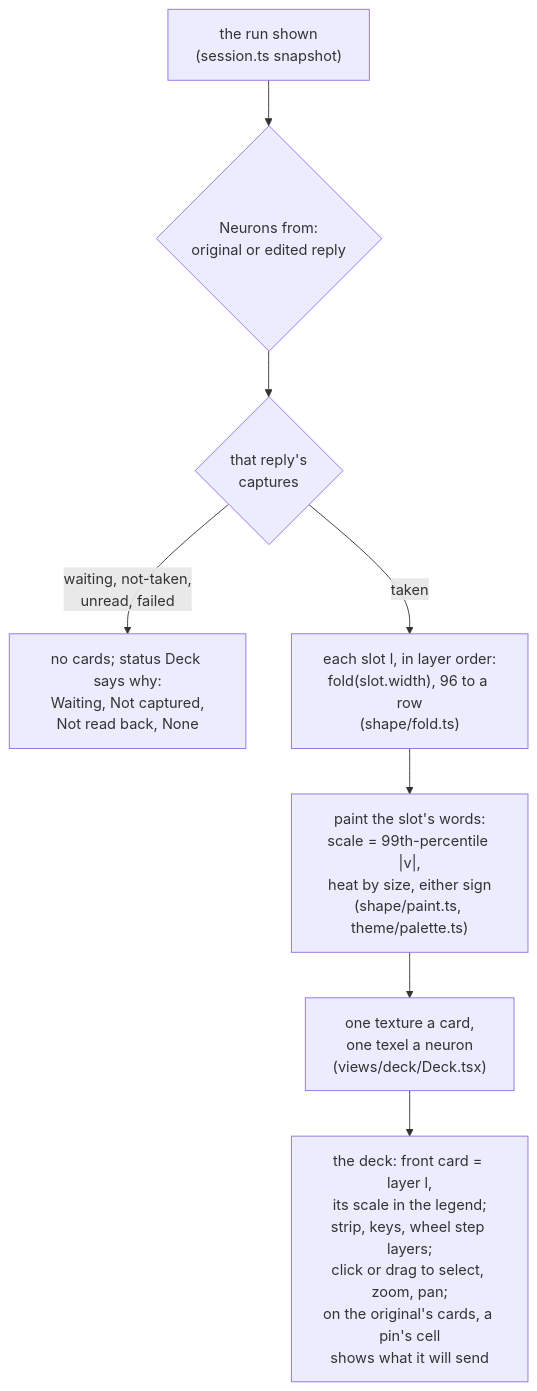
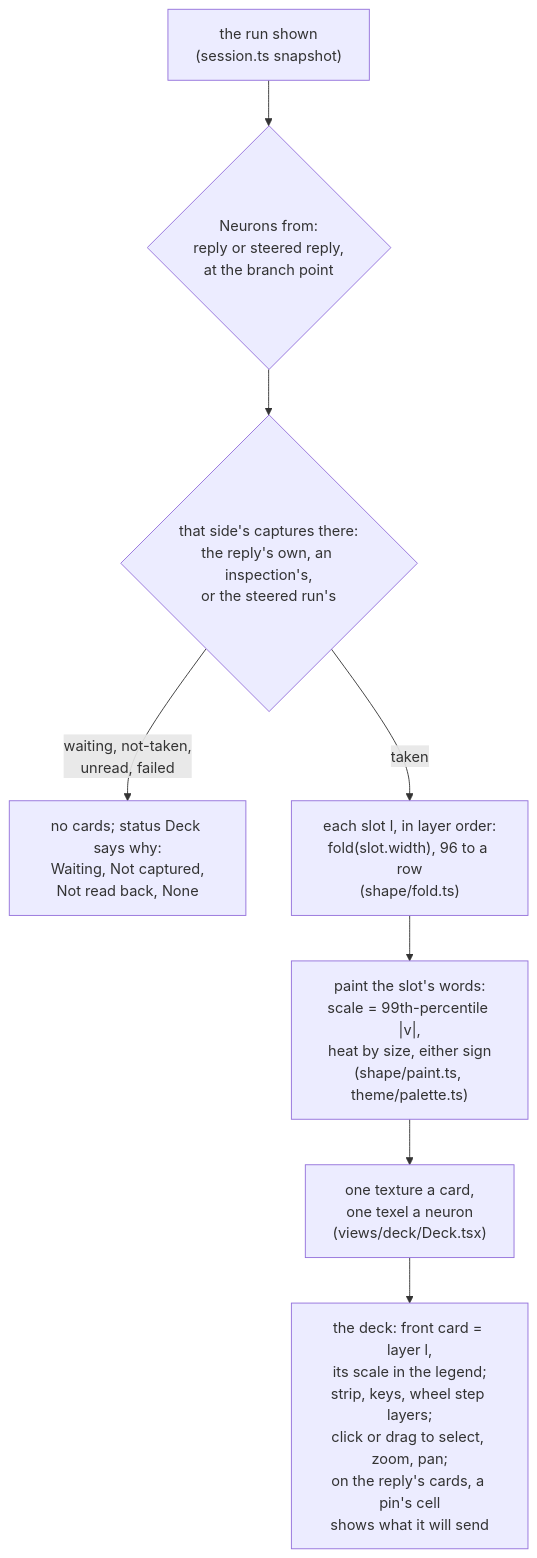
One commit to plainsight-systems/frizzle changed the sixth of 7 diagrams in docs/architecture/logical-overview.md. Above: the diagram before and after it, drawn with Mermaid. The commit also changed other lines of this file and 49 other files, not shown here.

````diff
--- a/docs/architecture/logical-overview.md
+++ b/docs/architecture/logical-overview.md
@@ -188,14 +188,14 @@
 ```mermaid
 flowchart TD
   R["the run shown<br/>(session.ts snapshot)"]
-  Q{"Neurons from:<br/>original or edited reply"}
-  A{"that reply's<br/>captures"}
+  Q{"Neurons from:<br/>reply or steered reply,<br/>at the branch point"}
+  A{"that side's captures there:<br/>the reply's own, an inspection's,<br/>or the steered run's"}
   N["no cards; status Deck says why:<br/>Waiting, Not captured,<br/>Not read back, None"]
   F["each slot l, in layer order:<br/>fold(slot.width), 96 to a row<br/>(shape/fold.ts)"]
   P["paint the slot's words:<br/>scale = 99th-percentile |v|,<br/>heat by size, either sign<br/>(shape/paint.ts, theme/palette.ts)"]
   T["one texture a card,<br/>one texel a neuron<br/>(views/deck/Deck.tsx)"]
-  D["the deck: front card = layer l,<br/>its scale in the legend;<br/>strip, keys, wheel step layers;<br/>click or drag to select, zoom, pan;<br/>on the original's cards, a pin's cell<br/>shows what it will send"]
+  D["the deck: front card = layer l,<br/>its scale in the legend;<br/>strip, keys, wheel step layers;<br/>click or drag to select, zoom, pan;<br/>on the reply's cards, a pin's cell<br/>shows what it will send"]
   R --> Q --> A
   A -->|"taken"| F --> P --> T --> D
   A -->|"waiting, not-taken,<br/>unread, failed"| N
 ```
````
